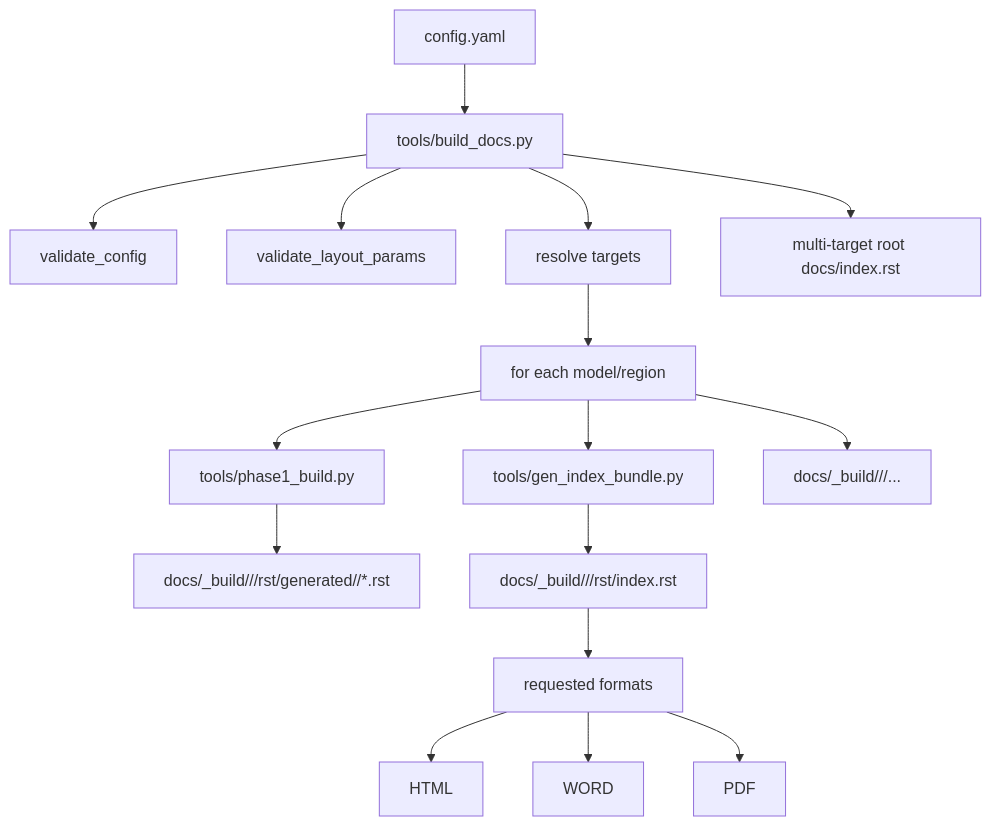
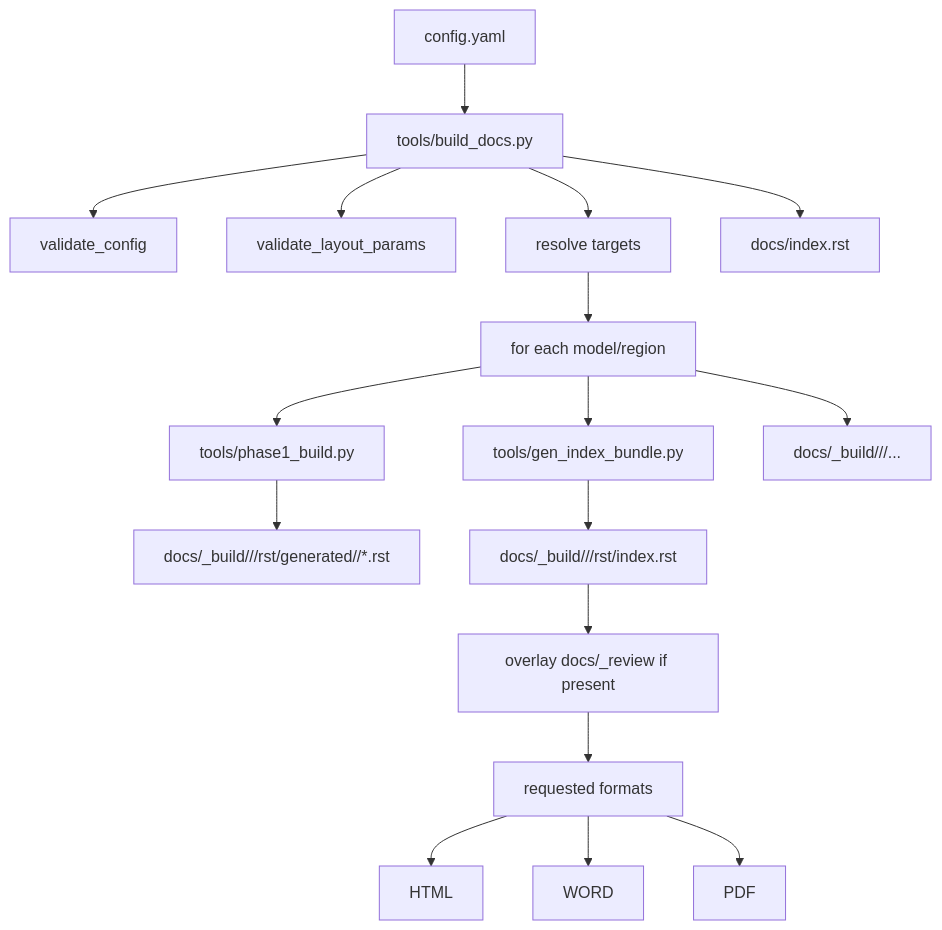
One commit to Bingboom/auto-manual changed the diagram in README.md. Above: the diagram before and after it, drawn with Mermaid. The commit also changed other lines of this file, not shown here.

````diff
--- a/README.md
+++ b/README.md
@@ -139,18 +179,19 @@
 ```mermaid
 flowchart TD
-  A[config.yaml] --> B[tools/build_docs.py]
-  B --> C[validate_config]
-  B --> D[validate_layout_params]
-  B --> E[resolve targets]
-  E --> F[for each model/region]
-  F --> G[tools/phase1_build.py]
-  G --> H[docs/_build/<model>/<region>/rst/generated/<model>/*.rst]
-  F --> I[tools/gen_index_bundle.py]
-  I --> J[docs/_build/<model>/<region>/rst/index.rst]
-  J --> K[requested formats]
-  K --> L[HTML]
-  K --> M[WORD]
-  K --> N[PDF]
-  F --> O[docs/_build/<model>/<region>/...]
-  B --> P[multi-target root docs/index.rst]
+  A["config.yaml"] --> B["tools/build_docs.py"]
+  B --> C["validate_config"]
+  B --> D["validate_layout_params"]
+  B --> E["resolve targets"]
+  E --> F["for each model/region"]
+  F --> G["tools/phase1_build.py"]
+  G --> H["docs/_build/<model>/<region>/rst/generated/<model>/*.rst"]
+  F --> I["tools/gen_index_bundle.py"]
+  I --> J["docs/_build/<model>/<region>/rst/index.rst"]
+  J --> R["overlay docs/_review if present"]
+  R --> K["requested formats"]
+  K --> L["HTML"]
+  K --> M["WORD"]
+  K --> N["PDF"]
+  F --> O["docs/_build/<model>/<region>/..."]
+  B --> P["docs/index.rst"]
 ```
````
